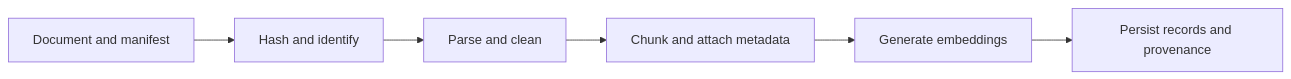
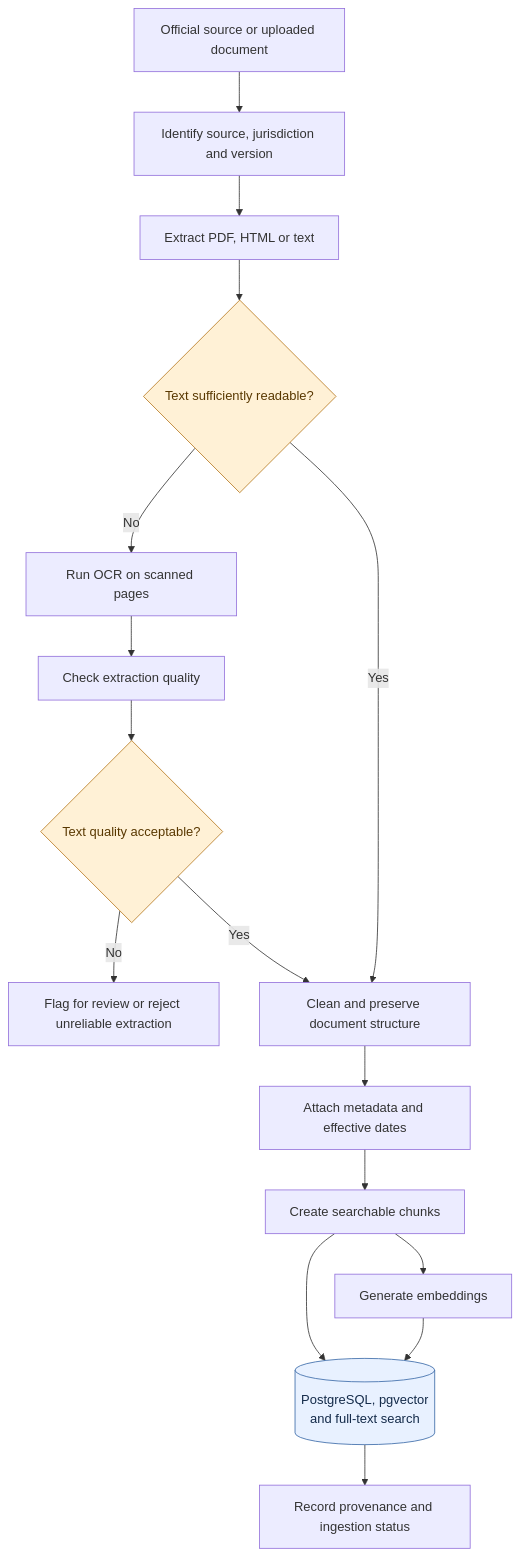
One commit to adrinjoseph/Advanced-RAG changed the second of 3 diagrams in README.md. Above: the diagram before and after it, drawn with Mermaid. The commit also changed other lines of this file and 1 other file, not shown here.

````diff
--- a/README.md
+++ b/README.md
@@ -64,8 +133,32 @@
 ```mermaid
-flowchart LR
-    A["Document and manifest"] --> B["Hash and identify"]
-    B --> C["Parse and clean"]
-    C --> D["Chunk and attach metadata"]
-    D --> E["Generate embeddings"]
-    E --> F["Persist records and provenance"]
+flowchart TD
+    A["Official source or uploaded document"]
+    B["Identify source, jurisdiction and version"]
+    C["Extract PDF, HTML or text"]
+    D{"Text sufficiently readable?"}
+    E["Run OCR on scanned pages"]
+    F["Check extraction quality"]
+    G{"Text quality acceptable?"}
+    H["Flag for review or reject unreliable extraction"]
+    I["Clean and preserve document structure"]
+    J["Attach metadata and effective dates"]
+    K["Create searchable chunks"]
+    L["Generate embeddings"]
+    M[("PostgreSQL, pgvector<br/>and full-text search")]
+    N["Record provenance and ingestion status"]
+
+    A --> B --> C --> D
+    D -->|Yes| I
+    D -->|No| E --> F --> G
+    G -->|No| H
+    G -->|Yes| I
+    I --> J --> K
+    K --> L --> M
+    K --> M
+    M --> N
+
+    classDef decision fill:#fff1d6,stroke:#b7791f,color:#593800
+    classDef storage fill:#e8f1ff,stroke:#3767a6,color:#142b4a
+    class D,G decision
+    class M storage
 ```
````
